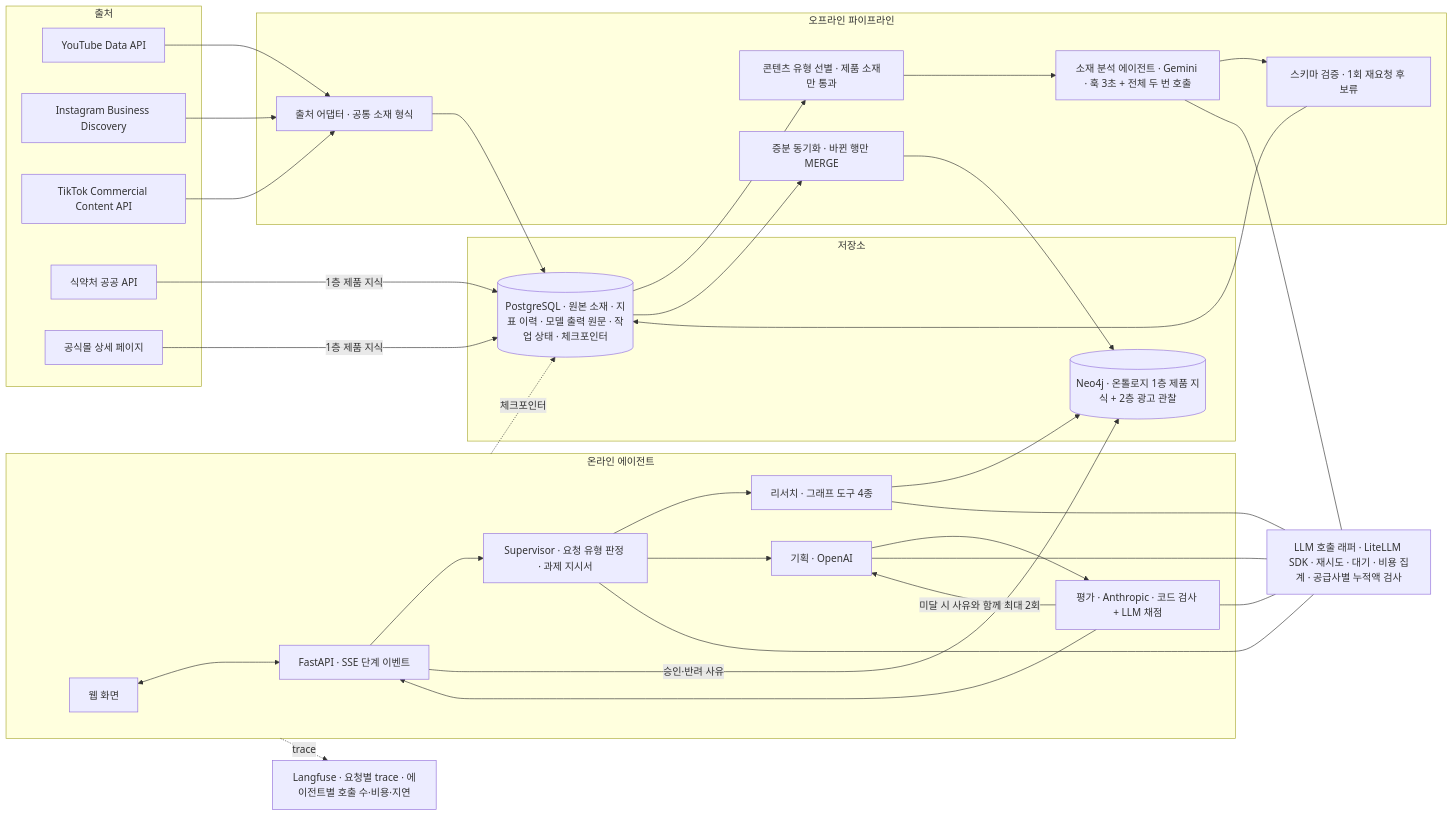
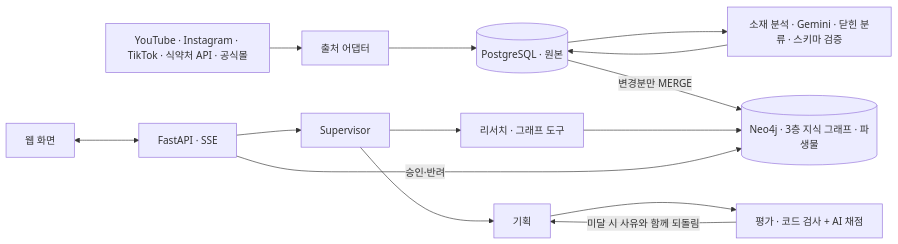
The diagram in README.md (apinkpanda722/beauty-ad-creative-agents), drawn with Mermaid before and after one commit. The commit also changed other lines of this file and 11 other files, not shown here.

````diff
--- a/README.md
+++ b/README.md
@@ -333,60 +21,16 @@
 ```mermaid
 flowchart LR
-  subgraph SRC[출처]
-    YT[YouTube Data API]
-    IG[Instagram Business Discovery]
-    TT[TikTok Commercial Content API]
-    MFDS[식약처 공공 API]
-    MALL[공식몰 상세 페이지]
-  end
-
-  subgraph OFF[오프라인 파이프라인]
-    AD[출처 어댑터 · 공통 소재 형식]
-    SEL[콘텐츠 유형 선별 · 제품 소재만 통과]
-    AN[소재 분석 에이전트 · Gemini · 훅 3초 + 전체 두 번 호출]
-    VAL[스키마 검증 · 1회 재요청 후 보류]
-    SYNC[증분 동기화 · 바뀐 행만 MERGE]
-  end
-
-  subgraph STORE[저장소]
-    PG[(PostgreSQL · 원본 소재 · 지표 이력 · 모델 출력 원문 · 작업 상태 · 체크포인터)]
-    NEO[(Neo4j · 온톨로지 1층 제품 지식 + 2층 광고 관찰)]
-  end
-
-  subgraph ON[온라인 에이전트]
-    WEB[웹 화면]
-    API[FastAPI · SSE 단계 이벤트]
-    SUP[Supervisor · 요청 유형 판정 · 과제 지시서]
-    RES[리서치 · 그래프 도구 4종]
-    PLAN[기획 · OpenAI]
-    EVAL[평가 · Anthropic · 코드 검사 + LLM 채점]
-  end
-
-  LLM[LLM 호출 래퍼 · LiteLLM SDK · 재시도 · 대기 · 비용 집계 · 공급사별 누적액 검사]
-  LF[Langfuse · 요청별 trace · 에이전트별 호출 수·비용·지연]
-
-  YT --> AD
-  IG --> AD
-  TT --> AD
-  MFDS -- 1층 제품 지식 --> PG
-  MALL -- 1층 제품 지식 --> PG
-  AD --> PG
-  PG --> SEL --> AN --> VAL --> PG
-  PG --> SYNC --> NEO
-
-  WEB <--> API
-  API --> SUP --> RES
+  SRC[YouTube · Instagram · TikTok · 식약처 API · 공식몰] --> AD[출처 어댑터]
+  AD --> PG[(PostgreSQL · 원본)]
+  PG --> AN[소재 분석 · Gemini · 닫힌 분류 · 스키마 검증]
+  AN --> PG
+  PG -- 변경분만 MERGE --> NEO[(Neo4j · 3층 지식 그래프 · 파생물)]
+  WEB[웹 화면] <--> API[FastAPI · SSE]
+  API --> SUP[Supervisor]
+  SUP --> RES[리서치 · 그래프 도구]
   RES --> NEO
-  SUP --> PLAN --> EVAL
-  EVAL -- 미달 시 사유와 함께 최대 2회 --> PLAN
-  EVAL --> API
-  API -- 승인·반려 사유 --> NEO
-
-  AN --- LLM
-  PLAN --- LLM
-  EVAL --- LLM
-  SUP --- LLM
-  RES --- LLM
-  ON -. trace .-> LF
-  ON -. 체크포인터 .-> PG
+  SUP --> PLAN[기획]
+  PLAN --> EVAL[평가 · 코드 검사 + AI 채점]
+  EVAL -- 미달 시 사유와 함께 되돌림 --> PLAN
+  API -- 승인·반려 --> NEO
 ```
````
